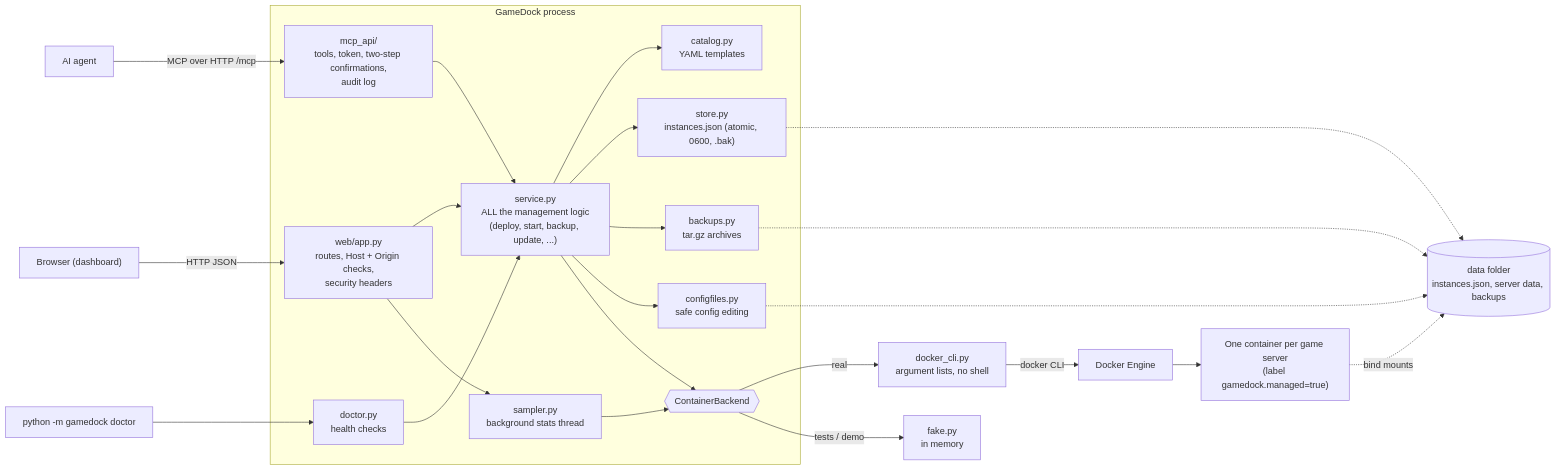
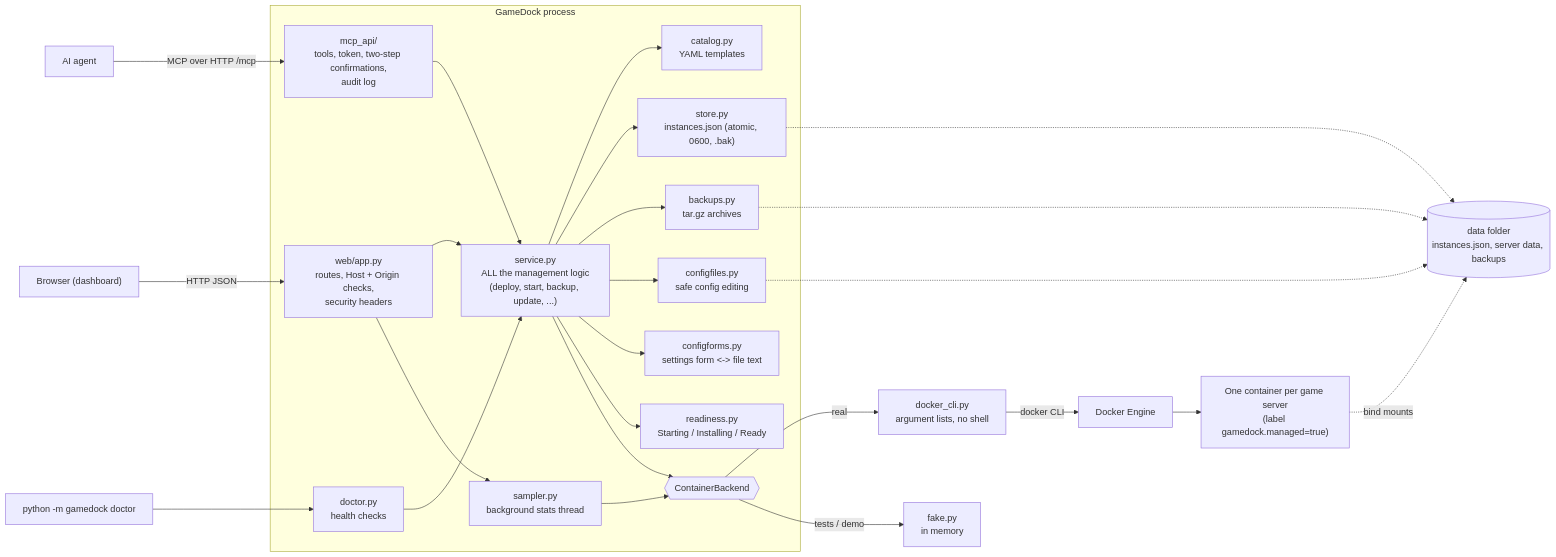
One commit to jacobbweber/GameDock changed the diagram in docs/ARCHITECTURE.md. Above: the diagram before and after it, drawn with Mermaid. The commit also changed other lines of this file and 9 other files, not shown here.

````diff
--- a/docs/ARCHITECTURE.md
+++ b/docs/ARCHITECTURE.md
@@ -5,32 +5,34 @@
 ```mermaid
 flowchart LR
     Browser["Browser (dashboard)"] -->|HTTP JSON| Web
     Agent["AI agent"] -->|MCP over HTTP /mcp| MCP
     CLI["python -m gamedock doctor"] --> Doctor
 
     subgraph GameDock process
         Web["web/app.py<br/>routes, Host + Origin checks,<br/>security headers"]
         MCP["mcp_api/<br/>tools, token, two-step confirmations,<br/>audit log"]
         Doctor["doctor.py<br/>health checks"]
         Service["service.py<br/>ALL the management logic<br/>(deploy, start, backup, update, ...)"]
         Web --> Service
         MCP --> Service
         Doctor --> Service
         Service --> Catalog["catalog.py<br/>YAML templates"]
         Service --> Store["store.py<br/>instances.json (atomic, 0600, .bak)"]
         Service --> Backups["backups.py<br/>tar.gz archives"]
         Service --> Config["configfiles.py<br/>safe config editing"]
+        Service --> Forms["configforms.py<br/>settings form <-> file text"]
+        Service --> Ready["readiness.py<br/>Starting / Installing / Ready"]
         Service --> Backend{{"ContainerBackend"}}
         Sampler["sampler.py<br/>background stats thread"] --> Backend
         Web --> Sampler
     end
 
     Backend -->|real| DockerCli["docker_cli.py<br/>argument lists, no shell"]
     Backend -->|tests / demo| Fake["fake.py<br/>in memory"]
     DockerCli -->|docker CLI| Engine["Docker Engine"]
     Engine --> Games["One container per game server<br/>(label gamedock.managed=true)"]
     Store -.-> Files[("data folder<br/>instances.json, server data, backups")]
     Backups -.-> Files
     Config -.-> Files
     Games -.->|bind mounts| Files
 ```
````
